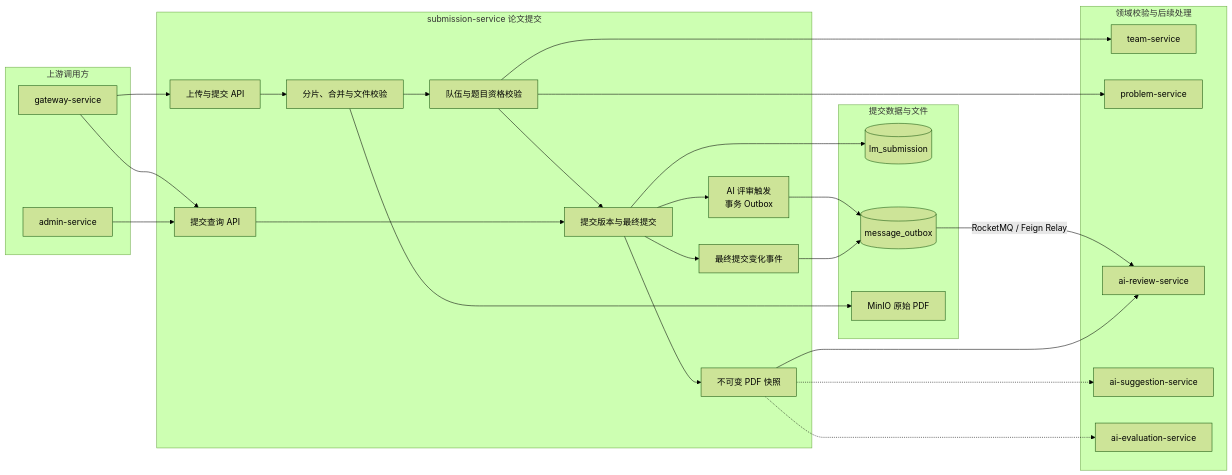
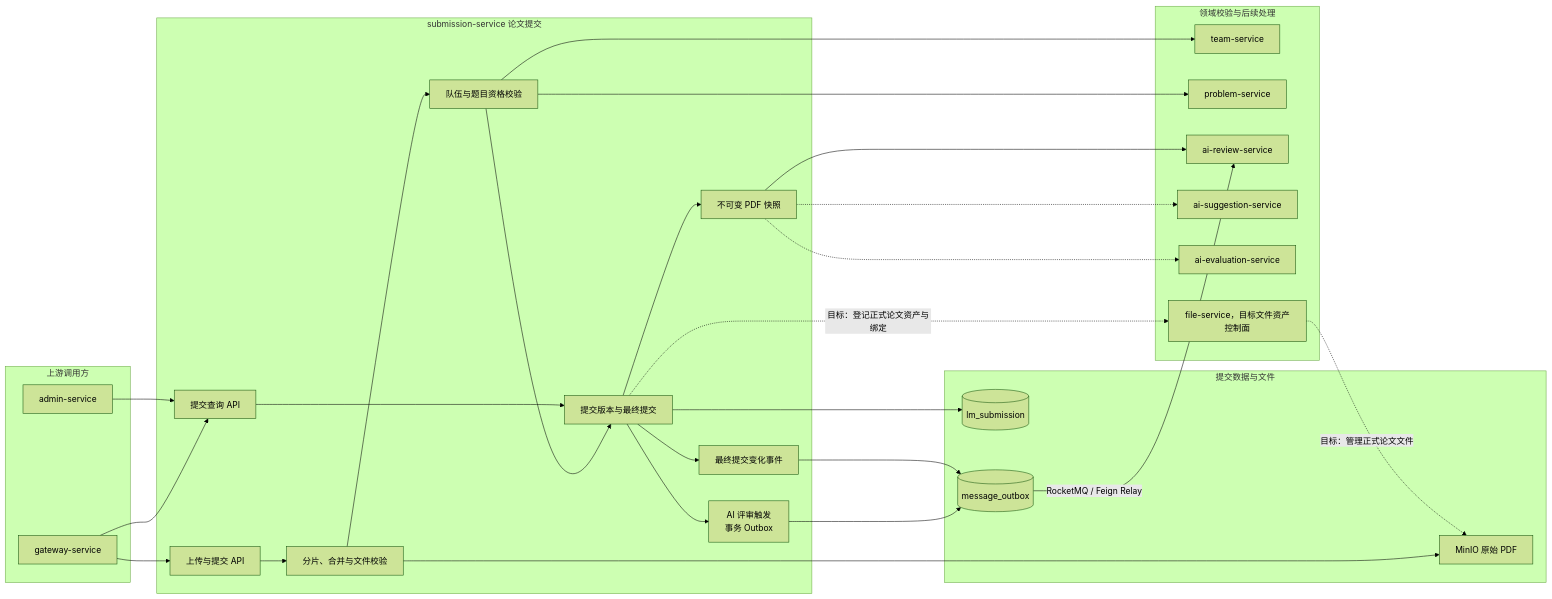
Before and after one commit to Dorian7Alden/LeetModel: the diagram in docs/project/03-微服务设计/submission-service/README.md, drawn with Mermaid (forest theme). The commit also changed other lines of this file and 29 other files, not shown here.

````diff
--- a/docs/project/03-微服务设计/submission-service/README.md
+++ b/docs/project/03-微服务设计/submission-service/README.md
@@ -9,54 +9,57 @@
 ```mermaid
 flowchart LR
     subgraph callers["上游调用方"]
         apiGateway["gateway-service"]
         adminService["admin-service"]
     end
 
     subgraph submission["submission-service 论文提交"]
         submitApi["上传与提交 API"]
         queryApi["提交查询 API"]
         uploadTask["分片、合并与文件校验"]
         eligibility["队伍与题目资格校验"]
         versionRecord["提交版本与最终提交"]
         snapshotApi["不可变 PDF 快照"]
         reviewTrigger["AI 评审触发<br/>事务 Outbox"]
         finalEvent["最终提交变化事件"]
 
         submitApi --> uploadTask
         uploadTask --> eligibility
         eligibility --> versionRecord
         versionRecord --> snapshotApi
         versionRecord --> reviewTrigger
         versionRecord --> finalEvent
         queryApi --> versionRecord
     end
 
     subgraph dependencies["领域校验与后续处理"]
         teamService["team-service"]
         problemService["problem-service"]
         reviewService["ai-review-service"]
         suggestionService["ai-suggestion-service"]
         evaluationService["ai-evaluation-service"]
+        fileService["file-service，目标文件资产控制面"]
     end
 
     subgraph data["提交数据与文件"]
         submissionDatabase[(lm_submission)]
         messageOutbox[(message_outbox)]
         minio["MinIO 原始 PDF"]
     end
 
     apiGateway --> submitApi
     apiGateway --> queryApi
     adminService --> queryApi
     eligibility --> teamService
     eligibility --> problemService
     uploadTask --> minio
+    versionRecord -. "目标：登记正式论文资产与绑定" .-> fileService
+    fileService -. "目标：管理正式论文文件" .-> minio
     versionRecord --> submissionDatabase
     reviewTrigger --> messageOutbox
     messageOutbox -->|"RocketMQ / Feign Relay"| reviewService
     finalEvent --> messageOutbox
     snapshotApi --> reviewService
     snapshotApi -.-> suggestionService
     snapshotApi -.-> evaluationService
 ```
````
